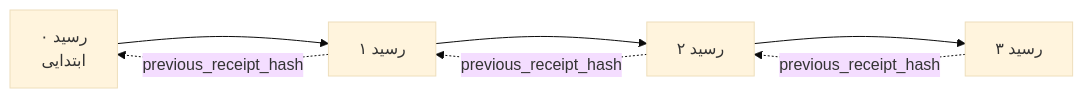
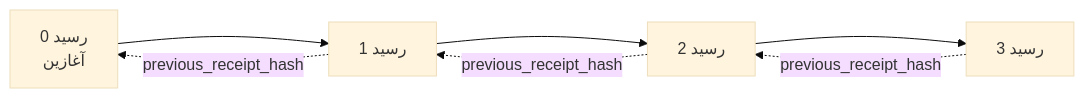
One commit to gabrielmoreira/agent-skills-mirror changed the second of 2 diagrams in mirrors/repos/microsoft@ai-agents-for-beginners/translations/fa/18-securing-ai-agents/README.md. Above: the diagram before and after it, drawn with Mermaid (base theme). The commit also changed other lines of this file and 2285 other files, not shown here.

````diff
--- a/mirrors/repos/microsoft@ai-agents-for-beginners/translations/fa/18-securing-ai-agents/README.md
+++ b/mirrors/repos/microsoft@ai-agents-for-beginners/translations/fa/18-securing-ai-agents/README.md
@@ -206,9 +206,9 @@
 ```mermaid
 flowchart LR
-    R0[رسید ۰<br/>ابتدایی] --> R1[رسید ۱]
-    R1 --> R2[رسید ۲]
-    R2 --> R3[رسید ۳]
+    R0[رسید 0<br/>آغازین] --> R1[رسید 1]
+    R1 --> R2[رسید 2]
+    R2 --> R3[رسید 3]
     R1 -. previous_receipt_hash .-> R0
     R2 -. previous_receipt_hash .-> R1
     R3 -. previous_receipt_hash .-> R2
 ```
````
